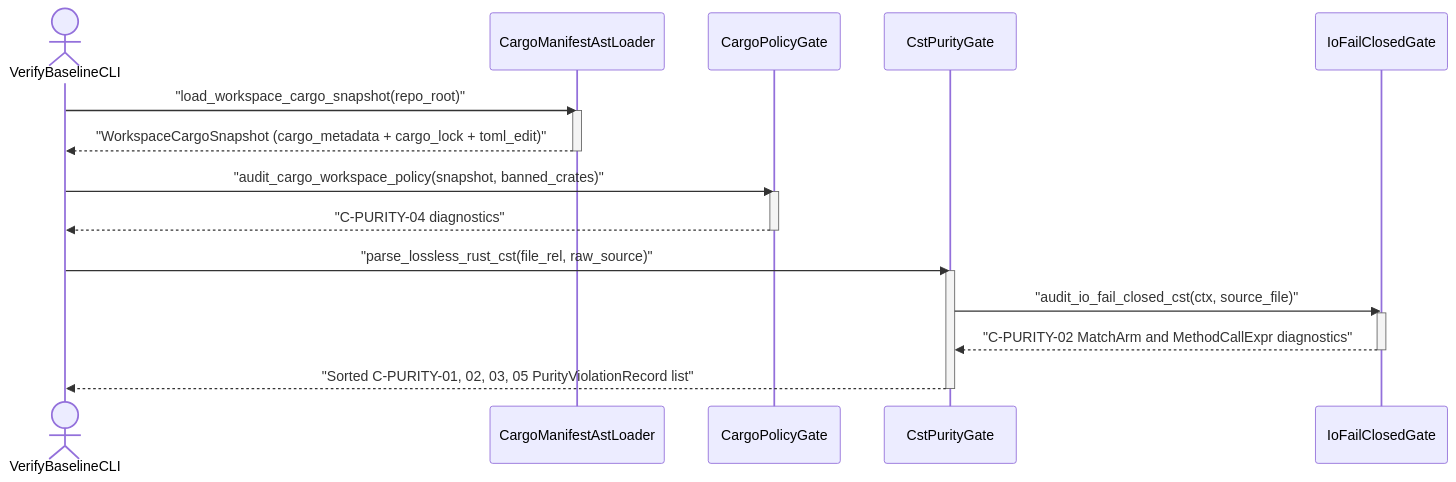
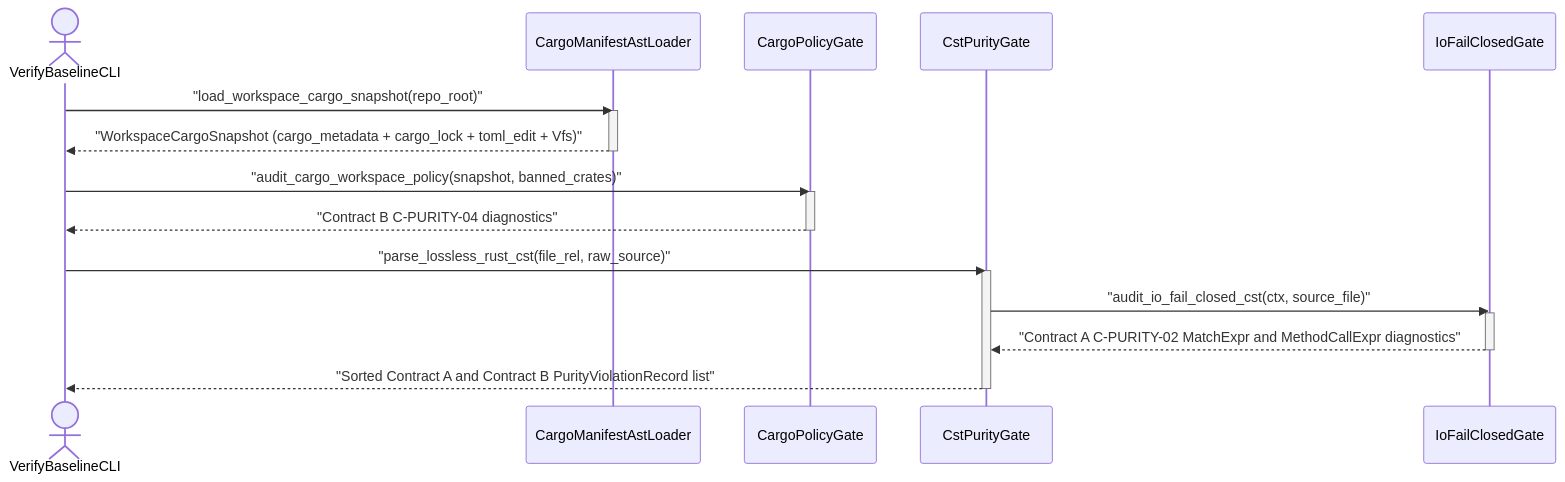
The second of 2 diagrams in docs/designs/blueprint-02-check34-ast-purity-and-anti-gaming-gate.md (gintatkinson/DEAP01-spec-core), drawn with Mermaid before and after one commit. The commit also changed other lines of this file and 29 other files, not shown here.

````diff
--- a/docs/designs/blueprint-02-check34-ast-purity-and-anti-gaming-gate.md
+++ b/docs/designs/blueprint-02-check34-ast-purity-and-anti-gaming-gate.md
@@ -122,25 +140,25 @@
 ```mermaid
 sequenceDiagram
     actor Runner as VerifyBaselineCLI
     participant CargoLdr as CargoManifestAstLoader
     participant CargoPol as CargoPolicyGate
     participant CstGate as CstPurityGate
     participant IoGate as IoFailClosedGate
 
     Runner->>CargoLdr: "load_workspace_cargo_snapshot(repo_root)"
     activate CargoLdr
-    CargoLdr-->>Runner: "WorkspaceCargoSnapshot (cargo_metadata + cargo_lock + toml_edit)"
+    CargoLdr-->>Runner: "WorkspaceCargoSnapshot (cargo_metadata + cargo_lock + toml_edit + Vfs)"
     deactivate CargoLdr
     Runner->>CargoPol: "audit_cargo_workspace_policy(snapshot, banned_crates)"
     activate CargoPol
-    CargoPol-->>Runner: "C-PURITY-04 diagnostics"
+    CargoPol-->>Runner: "Contract B C-PURITY-04 diagnostics"
     deactivate CargoPol
     Runner->>CstGate: "parse_lossless_rust_cst(file_rel, raw_source)"
     activate CstGate
     CstGate->>IoGate: "audit_io_fail_closed_cst(ctx, source_file)"
     activate IoGate
-    IoGate-->>CstGate: "C-PURITY-02 MatchArm and MethodCallExpr diagnostics"
+    IoGate-->>CstGate: "Contract A C-PURITY-02 MatchExpr and MethodCallExpr diagnostics"
     deactivate IoGate
-    CstGate-->>Runner: "Sorted C-PURITY-01, 02, 03, 05 PurityViolationRecord list"
+    CstGate-->>Runner: "Sorted Contract A and Contract B PurityViolationRecord list"
     deactivate CstGate
 ```
````
